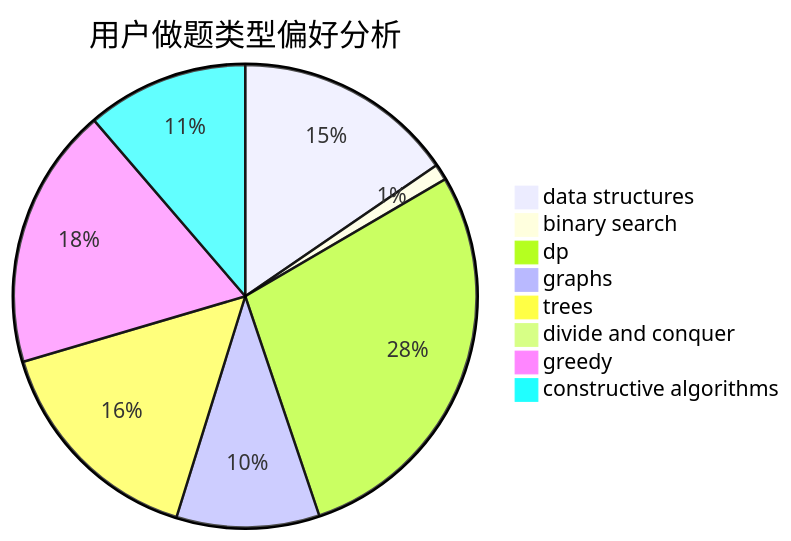
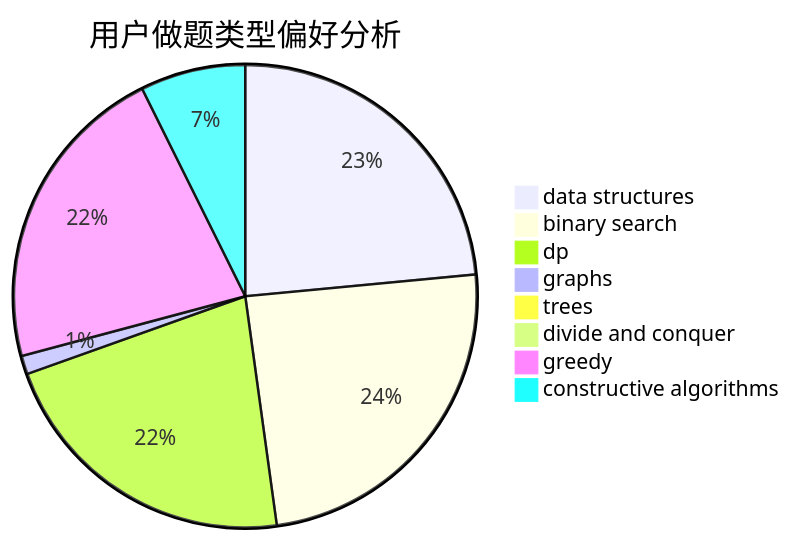
The second of 3 diagrams in docs/user/u795.md (sherpahu/cfrs.github.io), drawn with Mermaid before and after one commit. The commit also changed other lines of this file and 2770 other files, not shown here.

````diff
--- a/docs/user/u795.md
+++ b/docs/user/u795.md
@@ -23,11 +23,11 @@
 ```mermaid
 pie title 用户做题类型偏好分析
-    "data structures" :  82
-    "binary search" :  6
-    "dp" :  150
-    "graphs" :  53
-    "trees" :  83
-    "divide and conquer" :  0
-    "greedy" :  97
-    "constructive algorithms" :  60
+    "data structures" :  544
+    "binary search" :  563
+    "dp" :  503
+    "graphs" :  30
+    "trees" :  12
+    "divide and conquer" :  7
+    "greedy" :  505
+    "constructive algorithms" :  170
 ```
````
